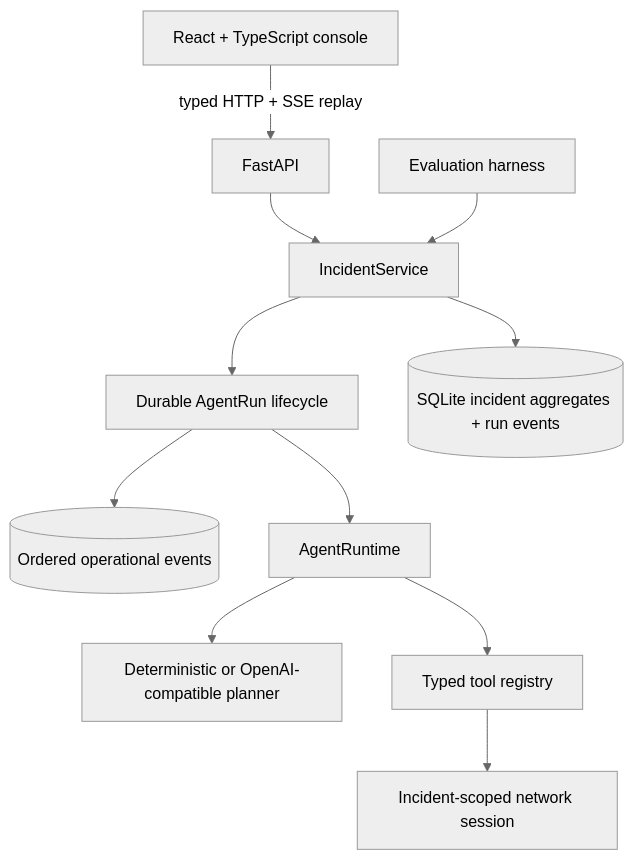
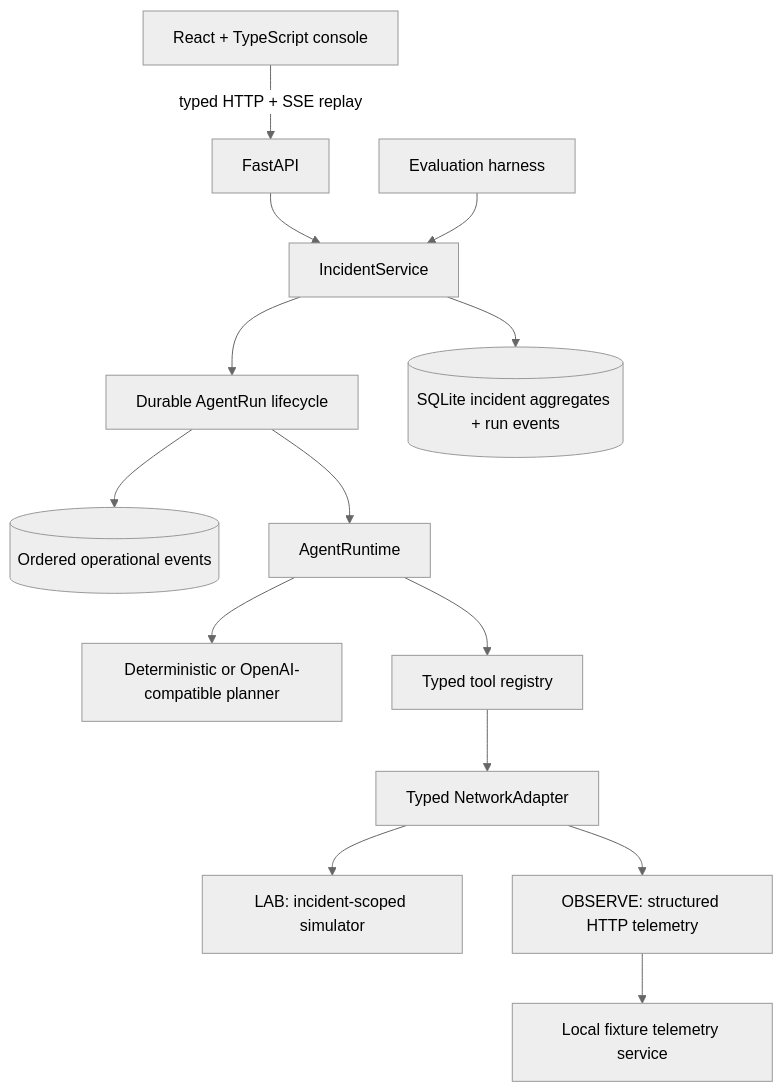
One commit to riti-singh/Relay changed the second of 2 diagrams in README.md. Above: the diagram before and after it, drawn with Mermaid (neutral theme). The commit also changed other lines of this file and 28 other files, not shown here.

````diff
--- a/README.md
+++ b/README.md
@@ -41,13 +41,16 @@
 ```mermaid
 flowchart TB
  UI[React + TypeScript console] -->|typed HTTP + SSE replay| API[FastAPI]
  API --> SERVICE[IncidentService]
  SERVICE --> RUNS[Durable AgentRun lifecycle]
  RUNS --> EVENTS[(Ordered operational events)]
  RUNS --> RUNTIME[AgentRuntime]
  RUNTIME --> PLANNER[Deterministic or OpenAI-compatible planner]
  RUNTIME --> REGISTRY[Typed tool registry]
- REGISTRY --> SIM[Incident-scoped network session]
+ REGISTRY --> ADAPTER[Typed NetworkAdapter]
+ ADAPTER --> SIM[LAB: incident-scoped simulator]
+ ADAPTER --> HTTP[OBSERVE: structured HTTP telemetry]
+ HTTP --> FIXTURE[Local fixture telemetry service]
  SERVICE --> DB[(SQLite incident aggregates + run events)]
  EVAL[Evaluation harness] --> SERVICE
 ```
````
